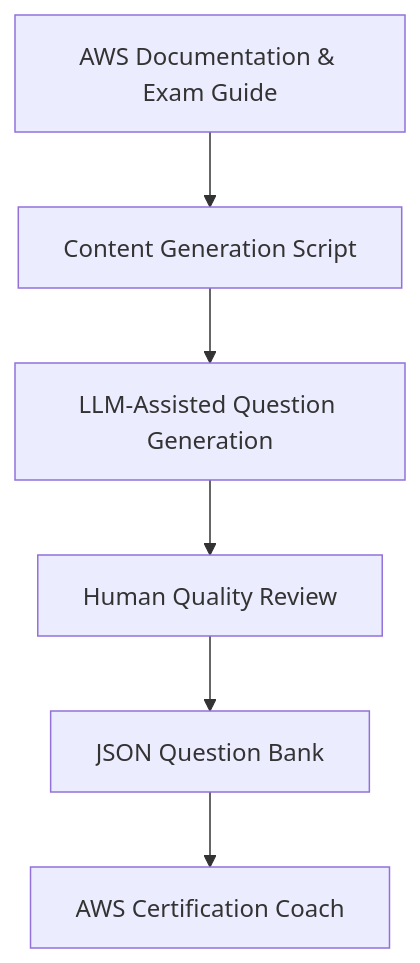
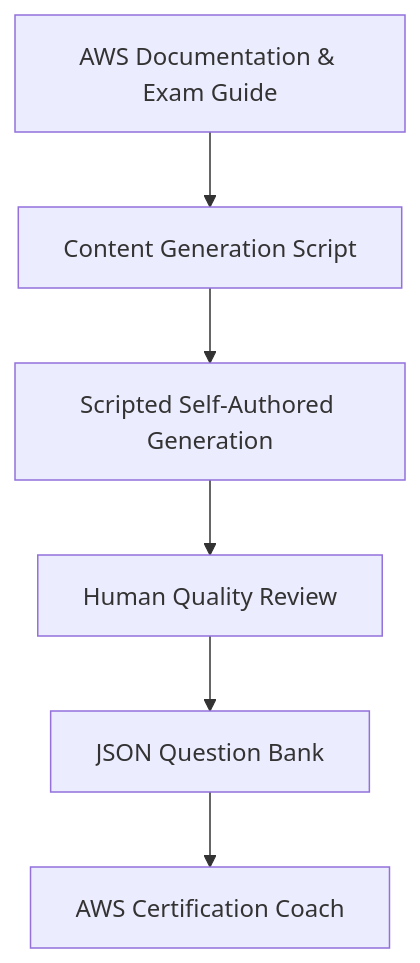
Before and after one commit to DanielLevenstein/AWS-Certification-Coach: the second of 5 diagrams in ARCHITECTURE.md, drawn with Mermaid. The commit also changed other lines of this file and 14 other files, not shown here.

````diff
--- a/ARCHITECTURE.md
+++ b/ARCHITECTURE.md
@@ -157,15 +161,15 @@
 ```mermaid
 flowchart TD
     Docs[AWS Documentation & Exam Guide]
     Script[Content Generation Script]
-    LLM[LLM-Assisted Question Generation]
+    Generated[Scripted Self-Authored Generation]
     Review[Human Quality Review]
     Bank[JSON Question Bank]
     App[AWS Certification Coach]
 
     Docs --> Script
-    Script --> LLM
-    LLM --> Review
+    Script --> Generated
+    Generated --> Review
     Review --> Bank
     Bank --> App
 ```
````
